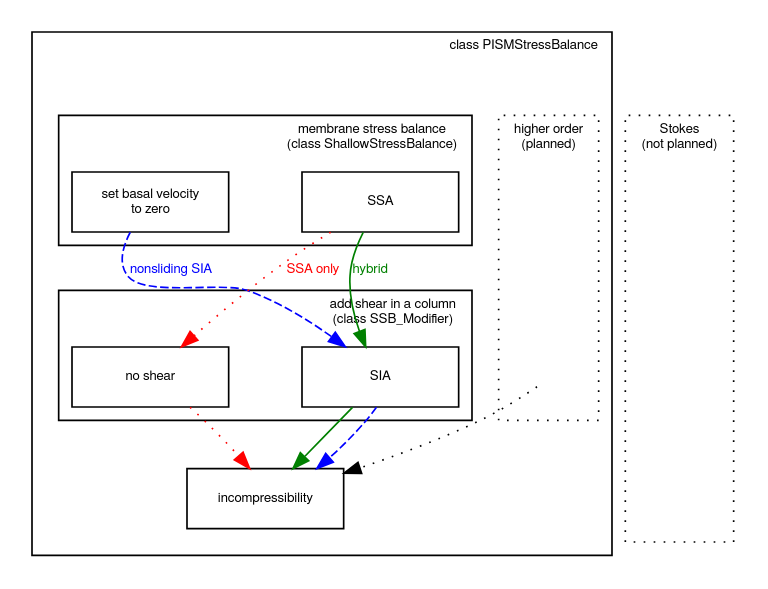
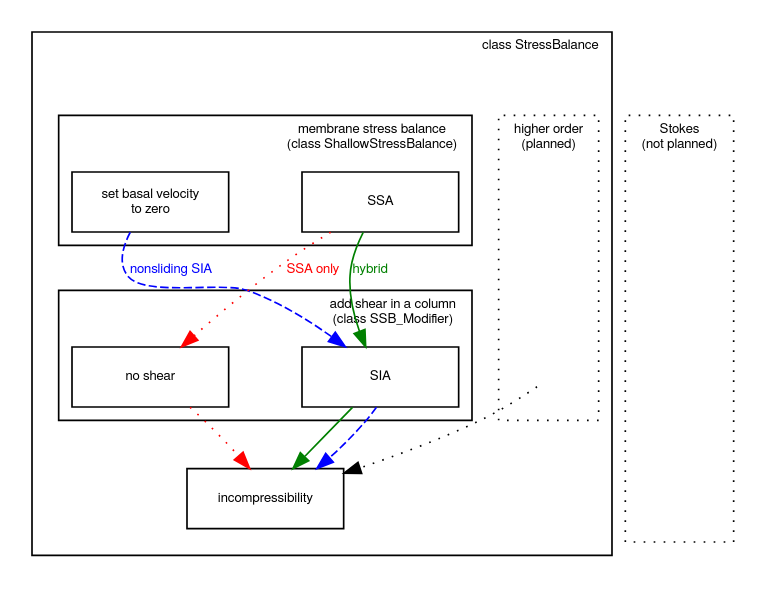
One commit to pism/pism changed the diagram in doc/sphinx/manual/highlevelview/figures/stressbalance.dot. Above: the diagram before and after it, drawn with Graphviz. The commit also changed 409 other files, not shown here.

```diff
--- a/doc/sphinx/manual/highlevelview/figures/stressbalance.dot
+++ b/doc/sphinx/manual/highlevelview/figures/stressbalance.dot
@@ -1,67 +1,67 @@
 digraph velocity
 {
     // Global graph parameters
     node [fontname=FreeSans fontsize=8 shape=box width=1.3 fixedsize=true];
     edge [fontname=FreeSans fontsize=8];
     graph [fontname=FreeSans fontsize=8 ranksep=0.5 nodesep=0.3];
 
 subgraph cluster_pism {
-    label="class PISMStressBalance"
+    label="class StressBalance"
     labeljust=r
 
     subgraph cluster_higher_order {
         label="higher order\n(planned)"
         style=dotted;
         node [style=invis width=0.2 label=""];
         a -> b [style=invis];
     }
     subgraph cluster_hybrid {
       style=invis
       subgraph cluster_stressbalance {
           style=solid
           label="membrane stress balance\n(class ShallowStressBalance)"
           labeljust=r
           {rank=same
               noop1 [label="set basal velocity\nto zero"];
               ssa [label="SSA"];
           }
           ssa -> noop1 [style=invis];
       }
       subgraph cluster_mod {
           style=solid
           label="add shear in a column\n(class SSB_Modifier)"
           labeljust=r
           {rank=same
               sia [label="SIA"];
               noop2 [label="no shear"];
           }
           sia -> noop2 [style=invis];
       }
       inc [label="incompressibility"];
       noop1 -> noop2 [label="" style=invis weight=10];
       ssa -> sia [label="" style=invis weight=10];
       {sia noop2} -> inc [label="" style=invis weight=10];
     }
 
     ssa -> sia [style=solid weight=0 color="green" 
                 label="hybrid" fontcolor="green"];
     sia -> inc [style=solid weight=0 color="green"];
 
     noop1 -> sia [style=dashed weight=0 color="blue"
                   label="nonsliding SIA" fontcolor="blue"];
     sia -> inc [style=dashed weight=0 color="blue"];
 
     ssa -> noop2 [style=dotted weight=0 color="red"
                   label="SSA only" fontcolor="red"];
     noop2 -> inc [style=dotted weight=0 color="red"];
 
     b -> inc [style=dotted weight=0];
 }
 subgraph cluster_stokes {
     label="Stokes\n(not planned)"
     labeljust=c
     style=dotted
     node [style=invis width=0.2 label=""];
     foo -> bar -> baz [style=invis];
 }
 }
```
